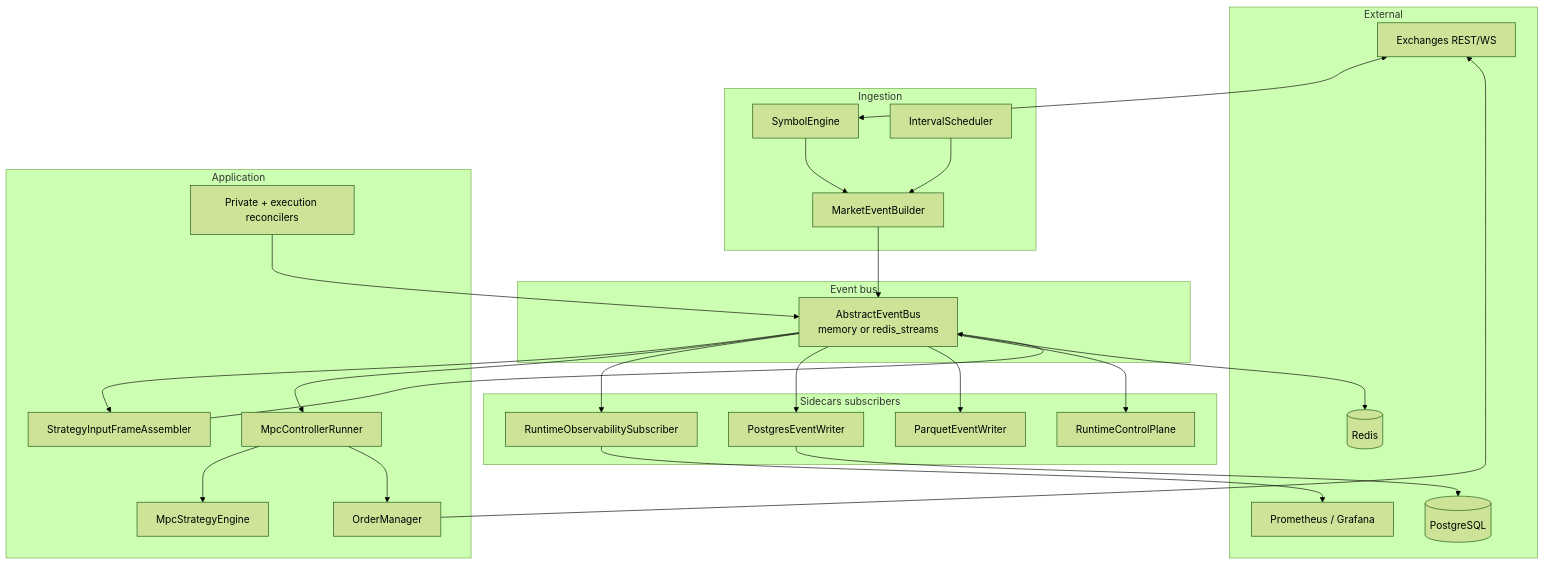
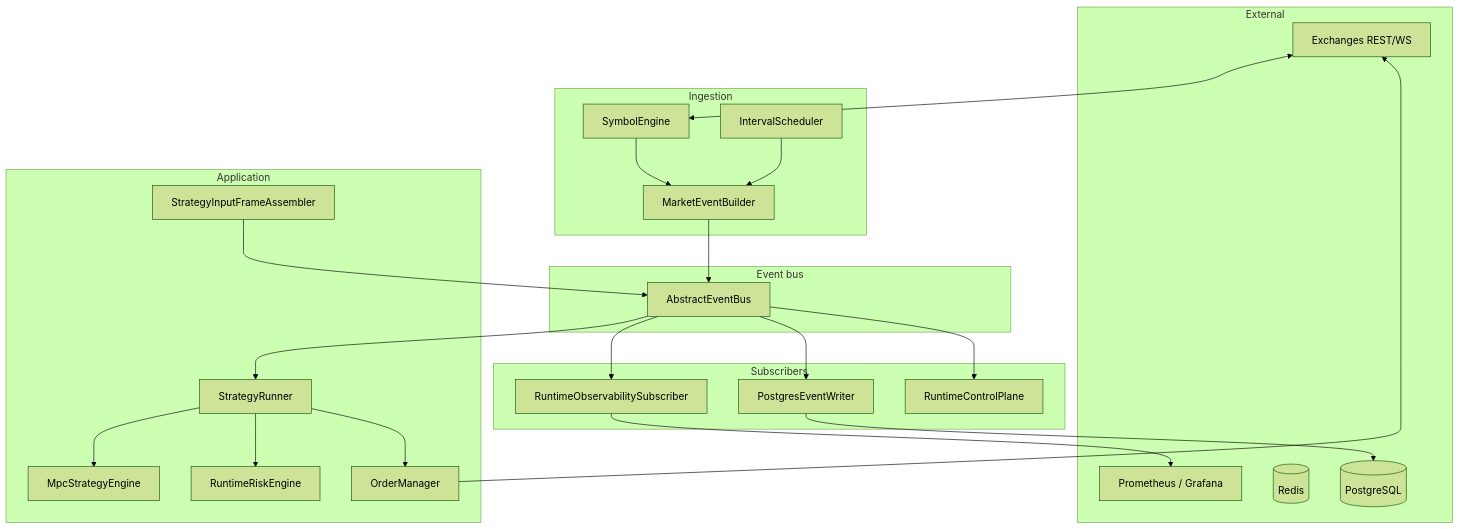
One commit to golipour/market-maker changed the diagram in docs/architecture.md. Above: the diagram before and after it, drawn with Mermaid (forest theme). The commit also changed other lines of this file and 26 other files, not shown here.

First line of the commit message:
Refactor market-making architecture to consolidate strategy execution and enhance risk management

````diff
--- a/docs/architecture.md
+++ b/docs/architecture.md
@@ -15,53 +15,49 @@
 ```mermaid
 flowchart TB
   subgraph external [External]
     EX[Exchanges REST/WS]
     PG[(PostgreSQL)]
     RD[(Redis)]
     PROM[Prometheus / Grafana]
   end
 
   subgraph ingestion [Ingestion]
     SE[SymbolEngine]
     SCH[IntervalScheduler]
     MB[MarketEventBuilder]
   end
 
   subgraph bus [Event bus]
-    BUS[AbstractEventBus<br/>memory or redis_streams]
+    BUS[AbstractEventBus]
   end
 
   subgraph application [Application]
     FA[StrategyInputFrameAssembler]
-    MCR[MpcControllerRunner]
+    SR[StrategyRunner]
     MSE[MpcStrategyEngine]
+    RISK[RuntimeRiskEngine]
     OM[OrderManager]
-    REC[Private + execution reconcilers]
   end
 
-  subgraph sidecars [Sidecars subscribers]
+  subgraph sidecars [Subscribers]
     OBS[RuntimeObservabilitySubscriber]
     PW[PostgresEventWriter]
-    PQ[ParquetEventWriter]
     CP[RuntimeControlPlane]
   end
 
   EX <--> SE
   SE --> MB
   SCH --> MB
   MB --> BUS
   FA --> BUS
-  MCR --> MSE
-  MCR --> OM
+  BUS --> SR
+  SR --> MSE
+  SR --> RISK
+  SR --> OM
   OM --> EX
-  REC --> BUS
-  BUS --> FA
-  BUS --> MCR
   BUS --> OBS
   BUS --> PW
-  BUS --> PQ
   BUS --> CP
   PW --> PG
-  BUS --> RD
   OBS --> PROM
 ```
````
